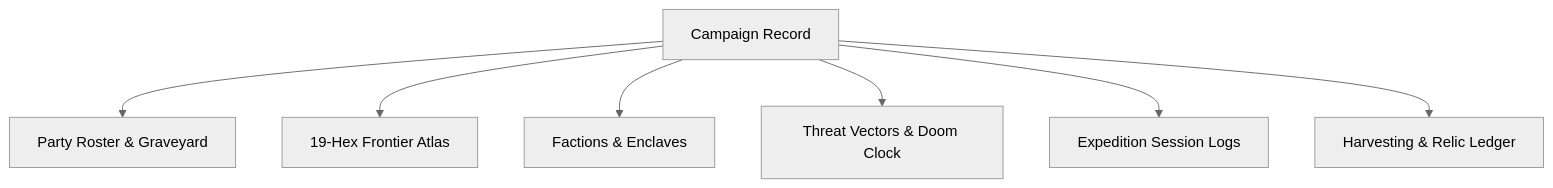
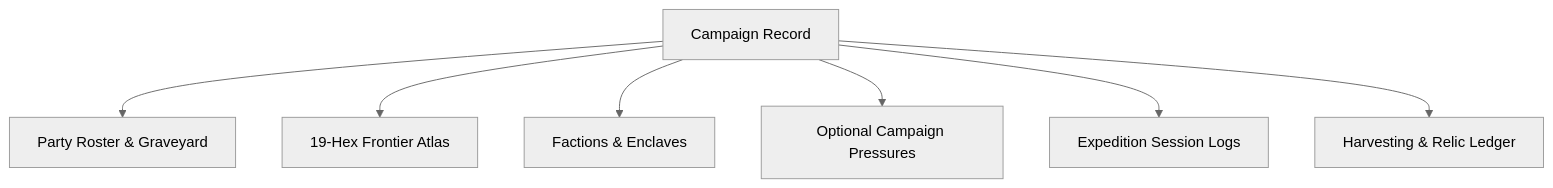
Before and after one commit to kostchei/ash-rpg: the diagram in docs/campaign_record/index.md, drawn with Mermaid (neutral theme). The commit also changed other lines of this file and 20 other files, not shown here.

Commit message:
Generalize campaign pressure and light tracking

````diff
--- a/docs/campaign_record/index.md
+++ b/docs/campaign_record/index.md
@@ -11,9 +11,9 @@
 ```mermaid
 flowchart TD
     CR[Campaign Record] --> Roster[Party Roster & Graveyard]
     CR --> Atlas[19-Hex Frontier Atlas]
     CR --> Factions[Factions & Enclaves]
-    CR --> Vectors[Threat Vectors & Doom Clock]
+    CR --> Pressure[Optional Campaign Pressures]
     CR --> Logs[Expedition Session Logs]
     CR --> Harvest[Harvesting & Relic Ledger]
 ```
````
